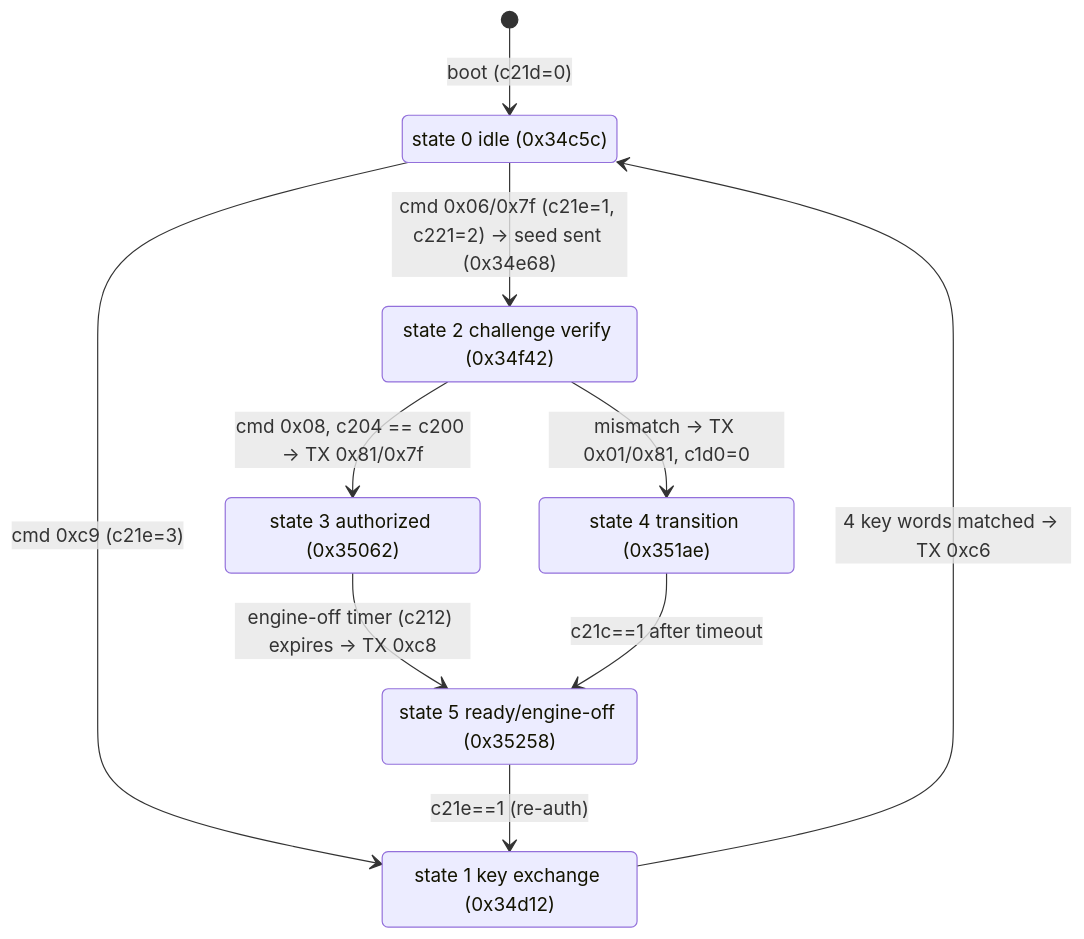
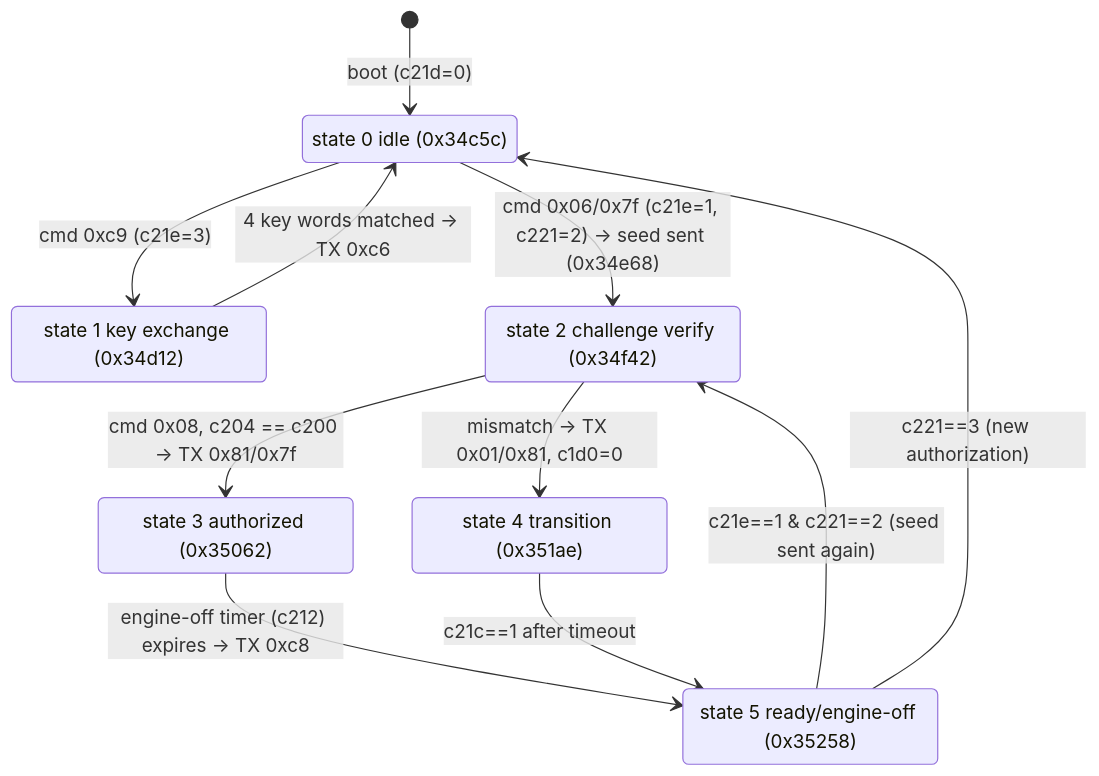
The third of 3 diagrams in docs/subsystem-logic/immobilizer_report.md (sirhamsteralot/HEE-Rx8-Reverse-Engineering), drawn with Mermaid before and after one commit. The commit also changed other lines of this file and 7 other files, not shown here.

````diff
--- a/docs/subsystem-logic/immobilizer_report.md
+++ b/docs/subsystem-logic/immobilizer_report.md
@@ -131,18 +133,19 @@
 ```mermaid
 stateDiagram-v2
     [*] --> S0 : boot (c21d=0)
     S0 : state 0 idle (0x34c5c)
     S1 : state 1 key exchange (0x34d12)
     S2 : state 2 challenge verify (0x34f42)
     S3 : state 3 authorized (0x35062)
     S4 : state 4 transition (0x351ae)
     S5 : state 5 ready/engine-off (0x35258)
     S0 --> S1 : cmd 0xc9 (c21e=3)
     S0 --> S2 : cmd 0x06/0x7f (c21e=1, c221=2) -> seed sent (0x34e68)
     S1 --> S0 : 4 key words matched -> TX 0xc6
     S2 --> S3 : cmd 0x08, c204 == c200 -> TX 0x81/0x7f
     S2 --> S4 : mismatch -> TX 0x01/0x81, c1d0=0
     S3 --> S5 : engine-off timer (c212) expires -> TX 0xc8
     S4 --> S5 : c21c==1 after timeout
-    S5 --> S1 : c21e==1 (re-auth)
+    S5 --> S2 : c21e==1 & c221==2 (seed sent again)
+    S5 --> S0 : c221==3 (new authorization)
 ```
````
